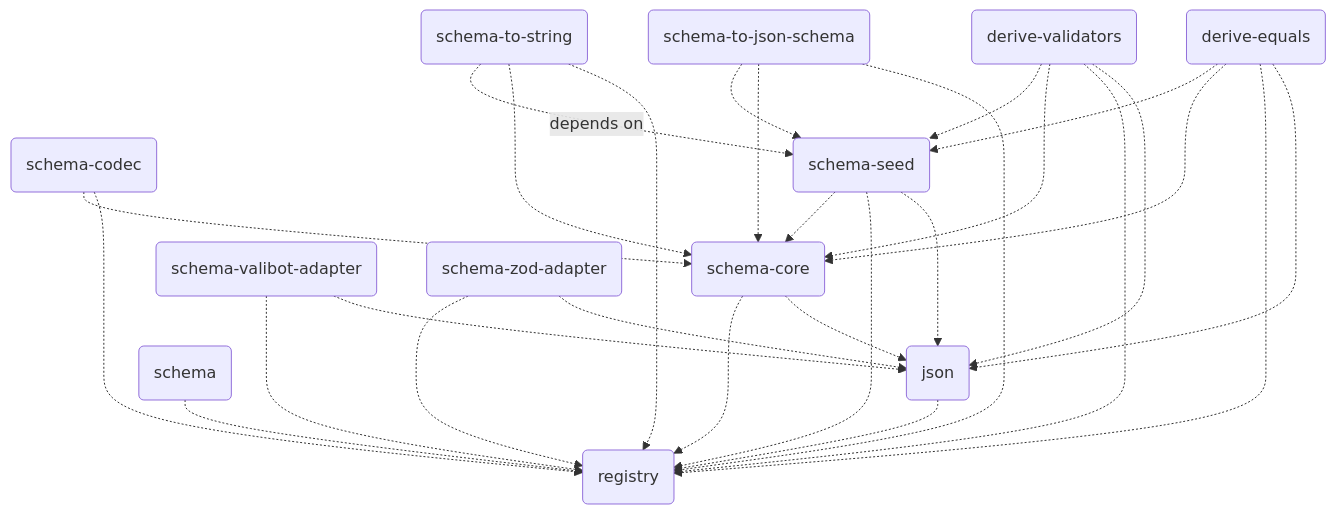
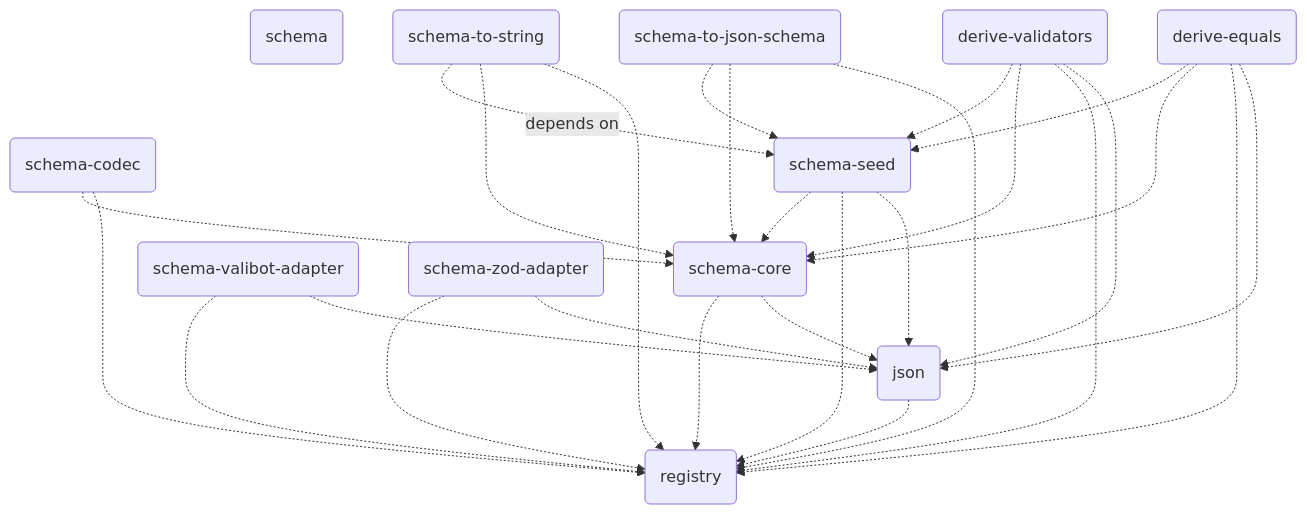
Before and after one commit to traversable/schema: the diagram in README.md, drawn with Mermaid. The commit also changed 34 other files, not shown here.

````diff
--- a/README.md
+++ b/README.md
@@ -168,31 +168,31 @@
 ```mermaid
 flowchart TD
     registry(registry)
+    schema(schema)
     json(json) -.-> registry(registry)
-    schema(schema) -.-> registry(registry)
     schema-core(schema-core) -.-> json(json)
     schema-core(schema-core) -.-> registry(registry)
     schema-valibot-adapter(schema-valibot-adapter) -.-> json(json)
     schema-valibot-adapter(schema-valibot-adapter) -.-> registry(registry)
     schema-zod-adapter(schema-zod-adapter) -.-> json(json)
     schema-zod-adapter(schema-zod-adapter) -.-> registry(registry)
     schema-codec(schema-codec) -.-> registry(registry)
     schema-codec(schema-codec) -.-> schema-core(schema-core)
     schema-seed(schema-seed) -.-> json(json)
     schema-seed(schema-seed) -.-> registry(registry)
     schema-seed(schema-seed) -.-> schema-core(schema-core)
     derive-equals(derive-equals) -.-> json(json)
     derive-equals(derive-equals) -.-> registry(registry)
     derive-equals(derive-equals) -.-> schema-core(schema-core)
     derive-equals(derive-equals) -.-> schema-seed(schema-seed)
     derive-validators(derive-validators) -.-> json(json)
     derive-validators(derive-validators) -.-> registry(registry)
     derive-validators(derive-validators) -.-> schema-core(schema-core)
     derive-validators(derive-validators) -.-> schema-seed(schema-seed)
     schema-to-json-schema(schema-to-json-schema) -.-> registry(registry)
     schema-to-json-schema(schema-to-json-schema) -.-> schema-core(schema-core)
     schema-to-json-schema(schema-to-json-schema) -.-> schema-seed(schema-seed)
     schema-to-string(schema-to-string) -.-> registry(registry)
     schema-to-string(schema-to-string) -.-> schema-core(schema-core)
     schema-to-string(schema-to-string) -.depends on.-> schema-seed(schema-seed)
 ```
````
